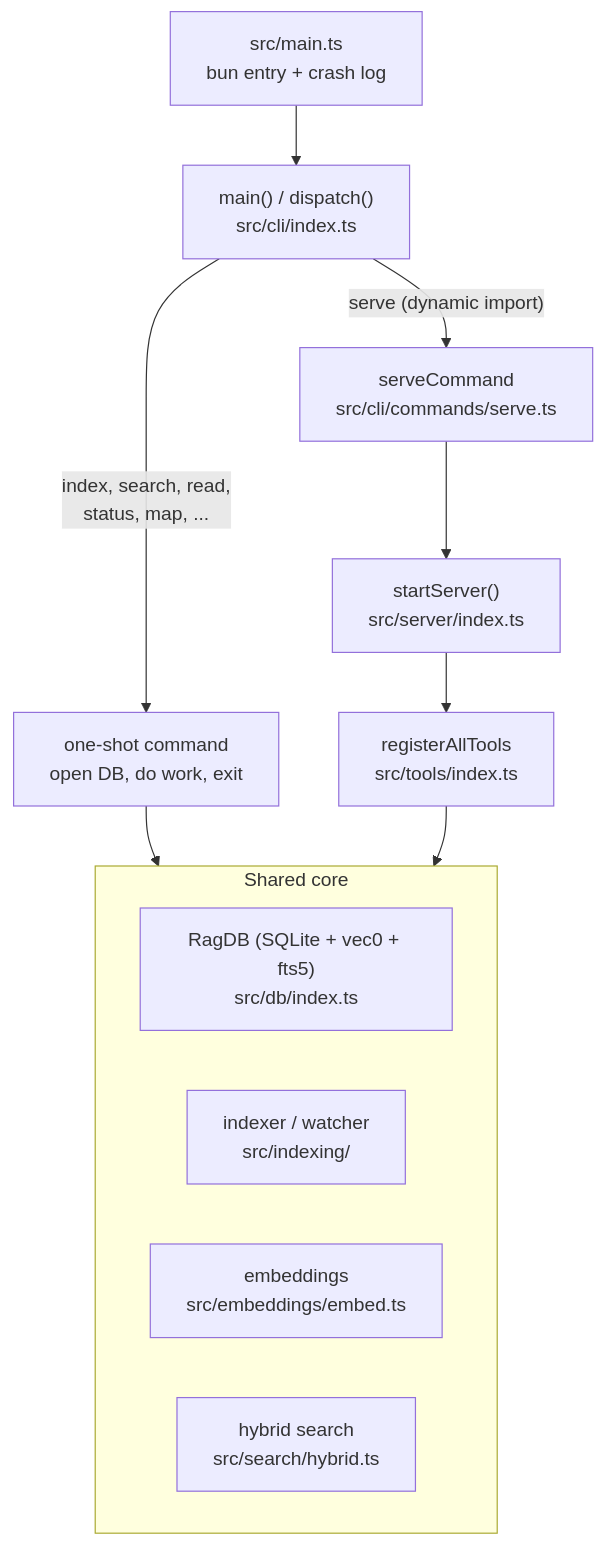
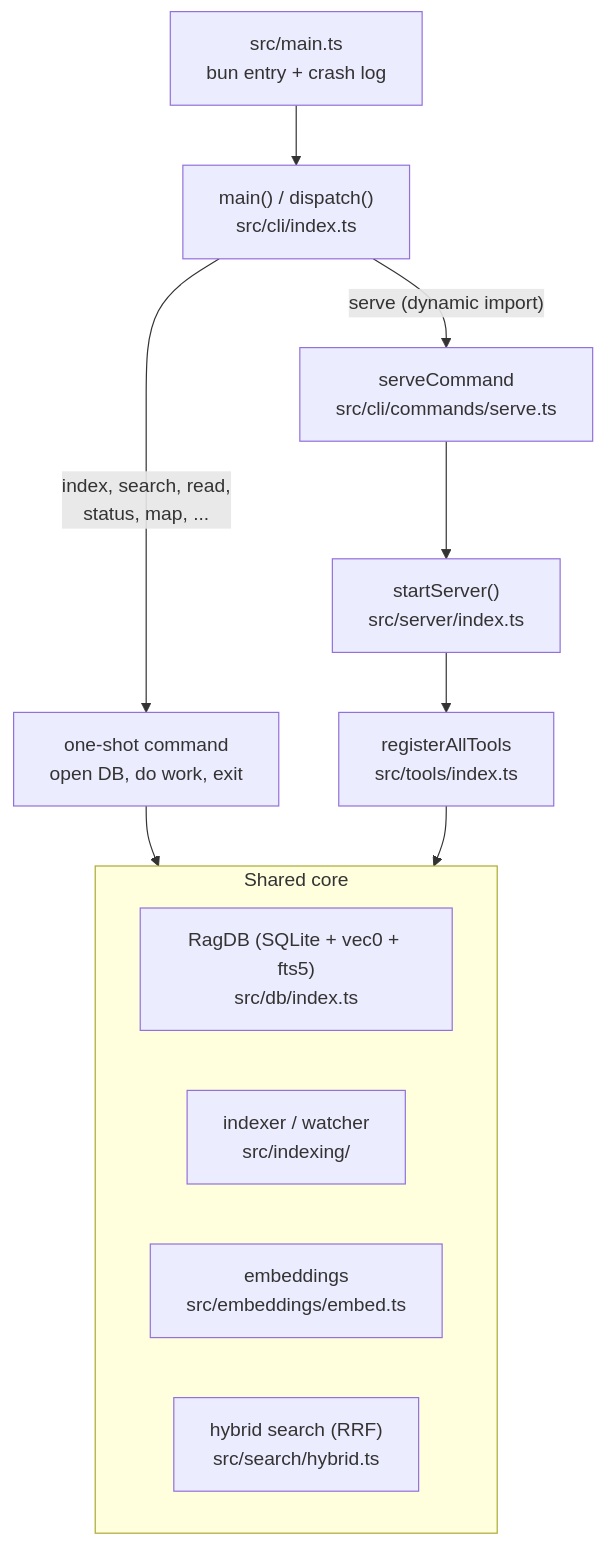
Before and after one commit to TheWinci/mimirs: the diagram in wiki/architecture.md, drawn with Mermaid. The commit also changed other lines of this file and 51 other files, not shown here.

````diff
--- a/wiki/architecture.md
+++ b/wiki/architecture.md
@@ -11,18 +11,18 @@
 ```mermaid
 flowchart TD
   bin["src/main.ts<br>bun entry + crash log"] --> cliMain["main() / dispatch()<br>src/cli/index.ts"]
   cliMain -->|"index, search, read,<br>status, map, ..."| oneshot["one-shot command<br>open DB, do work, exit"]
   cliMain -->|"serve (dynamic import)"| serveCmd["serveCommand<br>src/cli/commands/serve.ts"]
   serveCmd --> startSrv["startServer()<br>src/server/index.ts"]
 
   oneshot --> core
   startSrv --> tools["registerAllTools<br>src/tools/index.ts"]
   tools --> core
 
   subgraph core["Shared core"]
     ragdb["RagDB (SQLite + vec0 + fts5)<br>src/db/index.ts"]
     indexer["indexer / watcher<br>src/indexing/"]
     embed["embeddings<br>src/embeddings/embed.ts"]
-    hybrid["hybrid search<br>src/search/hybrid.ts"]
+    hybrid["hybrid search (RRF)<br>src/search/hybrid.ts"]
   end
 ```
````
